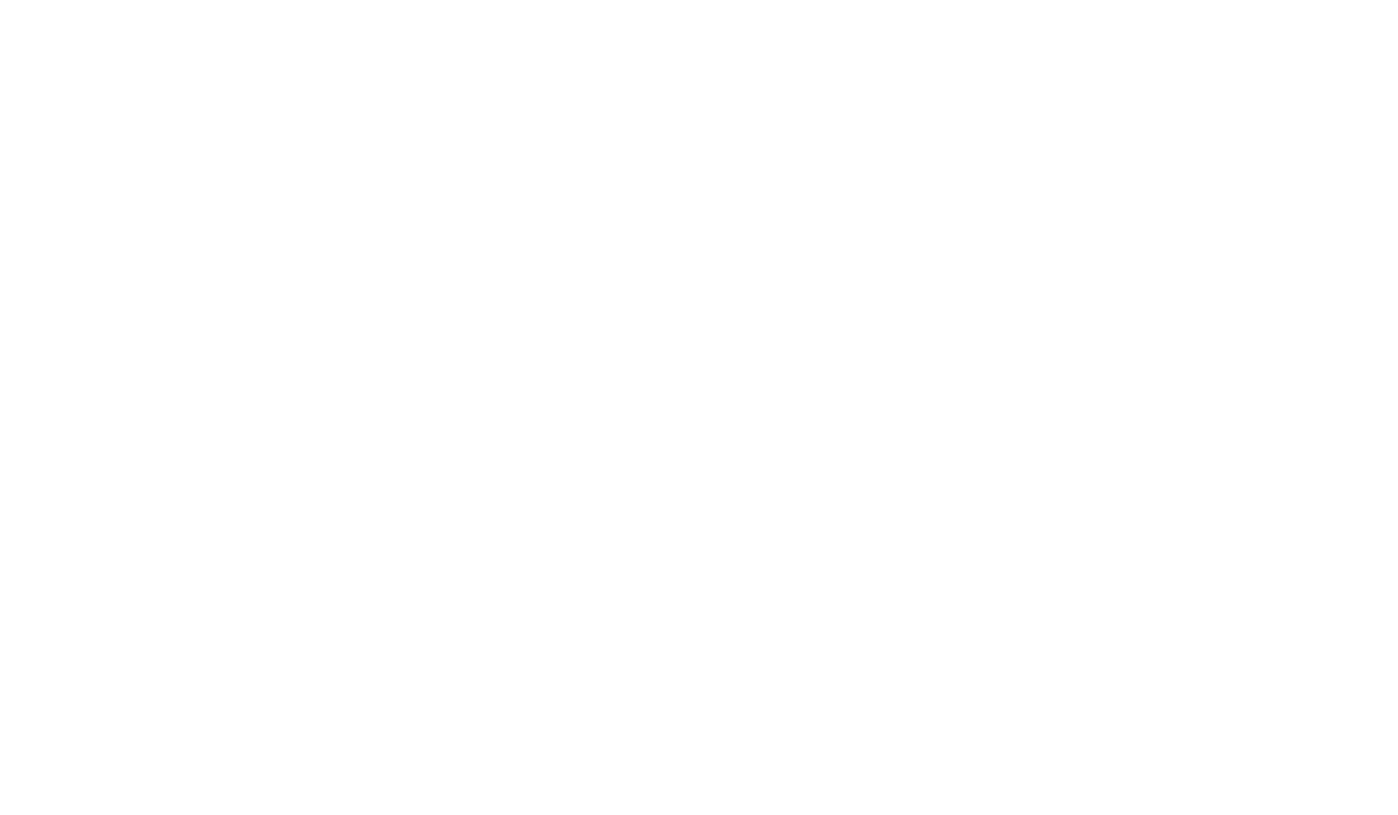
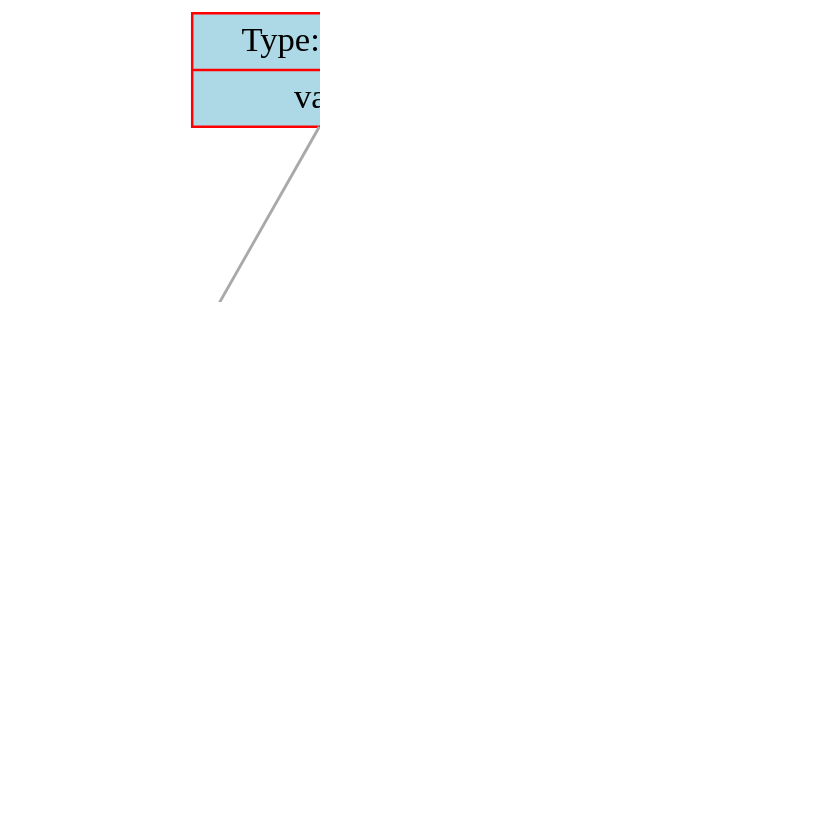
Before and after one commit to dodokek/Derivative-Calculator: the diagram in data/graph.dot, drawn with Graphviz. The commit also changed 9 other files, not shown here.

```diff
--- a/data/graph.dot
+++ b/data/graph.dot
@@ -1,31 +1,25 @@
 
     digraph g {
         dpi      = 200;
         fontname = "Comic Sans MS";
         fontsize = 20;
         rankdir   =  TB;
         edge [color = darkgrey, arrowhead = onormal, arrowsize = 1, penwidth = 1.2]
         graph[fillcolor = lightgreen, ranksep = 1.3, nodesep = 0.5,
         style = "rounded, filled",color = green, penwidth = 2]
 
-    Node0000026b32f414d0[shape=record, width=0.2, style="filled", color="red", fillcolor="lightblue",label=" {Type: operation | value: \cdot}"] 
+    Node0000029b95b218e0[shape=record, width=0.2, style="filled", color="red", fillcolor="lightblue",label=" {Type: operation | value: +}"] 
  
-Node0000026b32f41500[shape=record, width=0.2, style="filled", color="red", fillcolor="lightblue",label=" {Type: operation | value: \cdot}"] 
+Node0000029b95b218b0[shape=record, width=0.2, style="filled", color="red", fillcolor="lightblue",label=" {Type: number | value: 0}"] 
  
-Node0000026b32f41530[shape=record, width=0.2, style="filled", color="red", fillcolor="lightblue",label=" {Type: number | value: 0}"] 
+Node0000029b95b21820[shape=record, width=0.2, style="filled", color="red", fillcolor="lightblue",label=" {Type: operation | value: \cdot}"] 
  
-Node0000026b32f41640[shape=record, width=0.2, style="filled", color="red", fillcolor="lightblue",label=" {Type: variable | value: X}"] 
+Node0000029b95b217f0[shape=record, width=0.2, style="filled", color="red", fillcolor="lightblue",label=" {Type: number | value: 5}"] 
  
-Node0000026b32f41750[shape=record, width=0.2, style="filled", color="red", fillcolor="lightblue",label=" {Type: operation | value: \cdot}"] 
+Node0000029b95b214a0[shape=record, width=0.2, style="filled", color="red", fillcolor="lightblue",label=" {Type: number | value: 1}"] 
  
-Node0000026b32f41780[shape=record, width=0.2, style="filled", color="red", fillcolor="lightblue",label=" {Type: number | value: 2}"] 
- 
-Node0000026b32f41890[shape=record, width=0.2, style="filled", color="red", fillcolor="lightblue",label=" {Type: number | value: 3}"] 
- 
-Node0000026b32f414d0->Node0000026b32f41500
-Node0000026b32f41500->Node0000026b32f41530
-Node0000026b32f41500->Node0000026b32f41640
-Node0000026b32f414d0->Node0000026b32f41750
-Node0000026b32f41750->Node0000026b32f41780
-Node0000026b32f41750->Node0000026b32f41890
+Node0000029b95b218e0->Node0000029b95b218b0
+Node0000029b95b218e0->Node0000029b95b21820
+Node0000029b95b21820->Node0000029b95b217f0
+Node0000029b95b21820->Node0000029b95b214a0
 }
```
